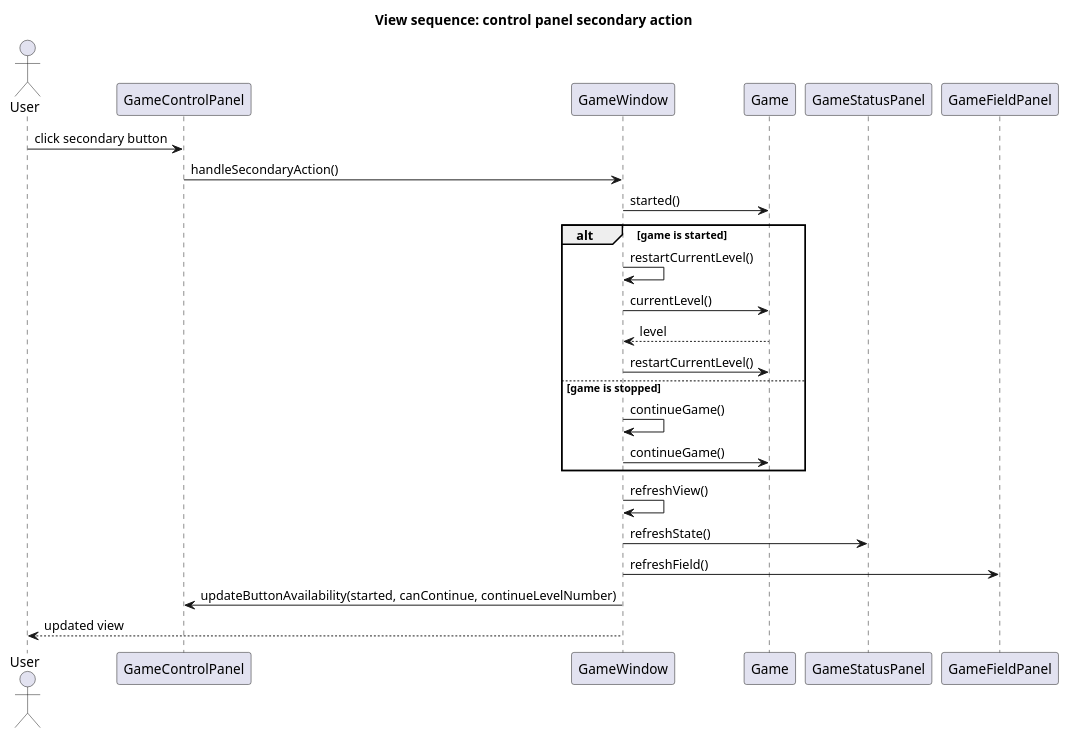
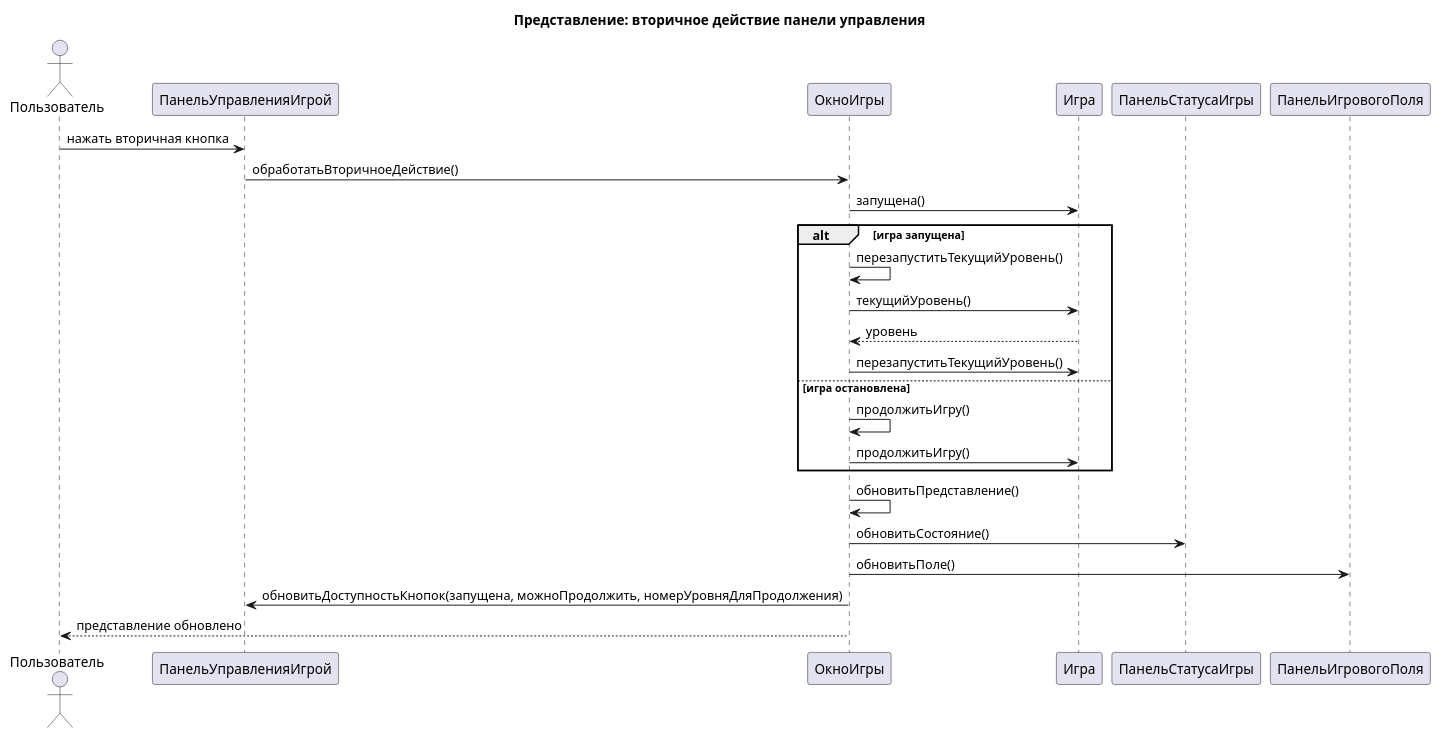
The diagram in diagrams/View sequence diagrams/05 Control panel secondary action.puml (dmitriyBreyfogel/Untangle), drawn with PlantUML before and after one commit. The commit also changed 21 other files, not shown here.

Commit message:
[diagrams] Переведены PlantUML диаграммы на русский

```diff
--- a/diagrams/View sequence diagrams/05 Control panel secondary action.puml
+++ b/diagrams/View sequence diagrams/05 Control panel secondary action.puml
@@ -1,29 +1,29 @@
 @startuml
-title View sequence: control panel secondary action
+title Представление: вторичное действие панели управления
 
-actor User
-participant "GameControlPanel" as GameControlPanel
-participant "GameWindow" as GameWindow
-participant "Game" as Game
-participant "GameStatusPanel" as GameStatusPanel
-participant "GameFieldPanel" as GameFieldPanel
+actor Пользователь
+participant "ПанельУправленияИгрой" as ПанельУправленияИгрой
+participant "ОкноИгры" as ОкноИгры
+participant "Игра" as Игра
+participant "ПанельСтатусаИгры" as ПанельСтатусаИгры
+participant "ПанельИгровогоПоля" as ПанельИгровогоПоля
 
-User -> GameControlPanel : click secondary button
-GameControlPanel -> GameWindow : handleSecondaryAction()
-GameWindow -> Game : started()
-alt game is started
-    GameWindow -> GameWindow : restartCurrentLevel()
-    GameWindow -> Game : currentLevel()
-    Game --> GameWindow : level
-    GameWindow -> Game : restartCurrentLevel()
-else game is stopped
-    GameWindow -> GameWindow : continueGame()
-    GameWindow -> Game : continueGame()
+Пользователь -> ПанельУправленияИгрой : нажать вторичная кнопка
+ПанельУправленияИгрой -> ОкноИгры : обработатьВторичноеДействие()
+ОкноИгры -> Игра : запущена()
+alt игра запущена
+    ОкноИгры -> ОкноИгры : перезапуститьТекущийУровень()
+    ОкноИгры -> Игра : текущийУровень()
+    Игра --> ОкноИгры : уровень
+    ОкноИгры -> Игра : перезапуститьТекущийУровень()
+else игра остановлена
+    ОкноИгры -> ОкноИгры : продолжитьИгру()
+    ОкноИгры -> Игра : продолжитьИгру()
 end
-GameWindow -> GameWindow : refreshView()
-GameWindow -> GameStatusPanel : refreshState()
-GameWindow -> GameFieldPanel : refreshField()
-GameWindow -> GameControlPanel : updateButtonAvailability(started, canContinue, continueLevelNumber)
-GameWindow --> User : updated view
+ОкноИгры -> ОкноИгры : обновитьПредставление()
+ОкноИгры -> ПанельСтатусаИгры : обновитьСостояние()
+ОкноИгры -> ПанельИгровогоПоля : обновитьПоле()
+ОкноИгры -> ПанельУправленияИгрой : обновитьДоступностьКнопок(запущена, можноПродолжить, номерУровняДляПродолжения)
+ОкноИгры --> Пользователь : представление обновлено
 
 @enduml
```
